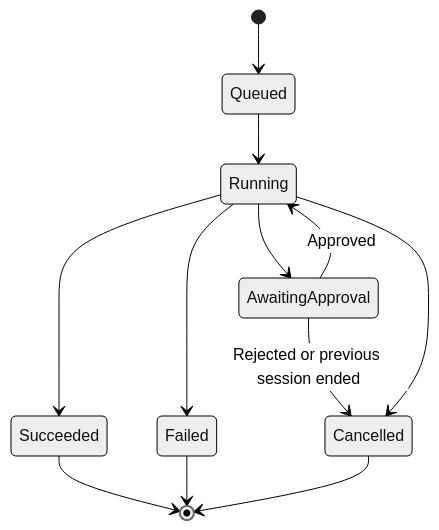
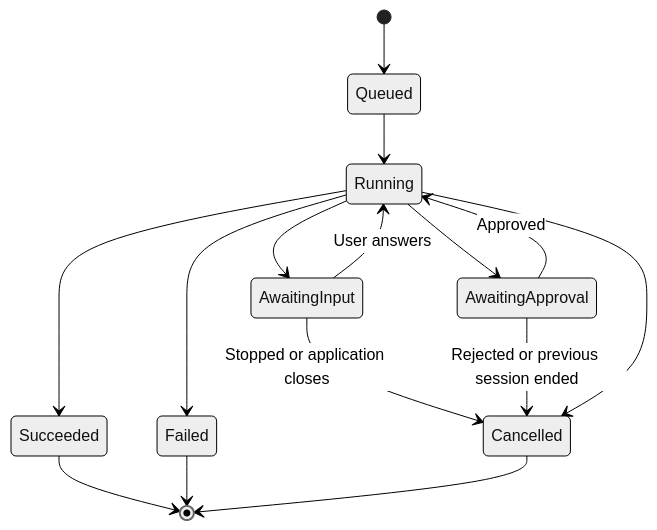
The third of 5 diagrams in docs/architecture.md (viamus/DoxieOS), drawn with Mermaid (neutral theme) before and after one commit. The commit also changed other lines of this file and 29 other files, not shown here.

````diff
--- a/docs/architecture.md
+++ b/docs/architecture.md
@@ -69,14 +69,17 @@
 ```mermaid
 stateDiagram-v2
     [*] --> Queued
     Queued --> Running
     Running --> AwaitingApproval
+    Running --> AwaitingInput
+    AwaitingInput --> Running: User answers
+    AwaitingInput --> Cancelled: Stopped or application closes
     AwaitingApproval --> Running: Approved
     AwaitingApproval --> Cancelled: Rejected or previous session ended
     Running --> Succeeded
     Running --> Failed
     Running --> Cancelled
     Succeeded --> [*]
     Failed --> [*]
     Cancelled --> [*]
 ```
````
